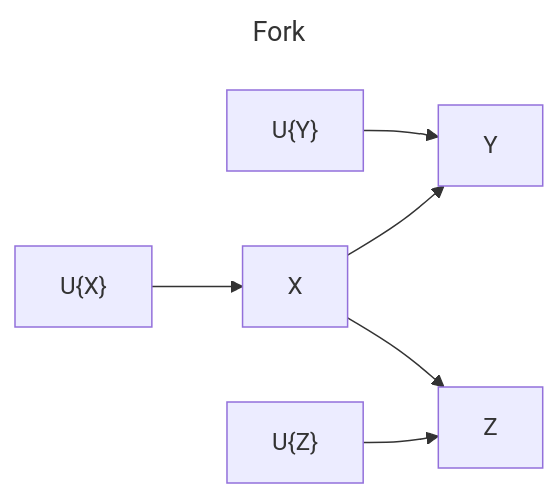
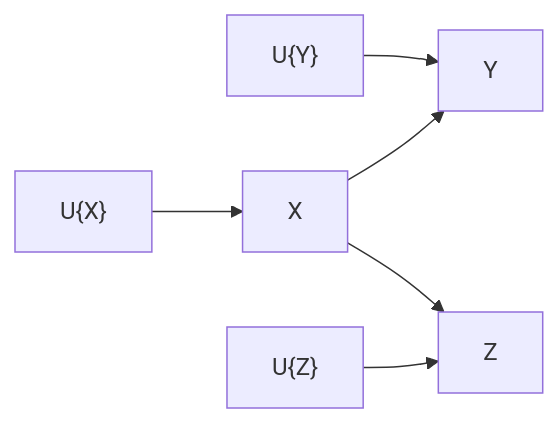
The second of 3 diagrams in _posts/2024-01-04-causal-effect.md (truman0102/truman0102.github.io), drawn with Mermaid before and after one commit. The commit also changed other lines of this file, not shown here.

```diff
--- a/_posts/2024-01-04-causal-effect.md
+++ b/_posts/2024-01-04-causal-effect.md
@@ -98,11 +95,8 @@
 {% mermaid %}
----
-title: Fork
----
 graph LR
     id1["U{X}"] --> X
     id2["U{Y}"] --> Y
     X --> Y
     X --> Z
     id3["U{Z}"] --> Z
 {% endmermaid %}
```
